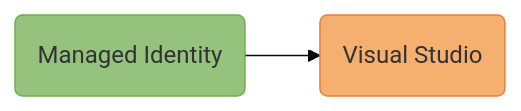
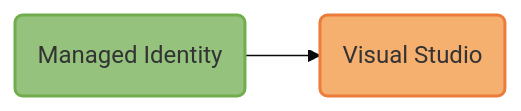
The diagram in docs/azure/sdk/media/mermaidjs/ChainedTokenCredentialAuthFlow.md (dotnet/docs), drawn with Mermaid before and after one commit. The commit also changed 6 other files, not shown here.

Commit message:
Update diagrams

````diff
--- a/docs/azure/sdk/media/mermaidjs/ChainedTokenCredentialAuthFlow.md
+++ b/docs/azure/sdk/media/mermaidjs/ChainedTokenCredentialAuthFlow.md
@@ -1,24 +1,24 @@
 ```mermaid
 %% STEPS TO GENERATE IMAGE
 %% =======================
 %% 1. Install mermaid CLI v10.9.1 (see https://github.com/mermaid-js/mermaid-cli/blob/master/README.md):
 %%    npm i -g @mermaid-js/mermaid-cli@10.9.1
 %% 2. Run command: mmdc -i ChainedTokenCredentialAuthFlow.md -o ChainedTokenCredentialAuthFlow.svg
 
 %%{
   init: {
     'theme': 'base',
     'themeVariables': {
       'tertiaryBorderColor': '#fff',
       'tertiaryColor': '#fff'
     }
   }
 }%%
 
 flowchart LR;
     C(Managed Identity):::deployed --> D(Visual Studio):::developer;
 
     %% Define styles for credential type boxes
-    classDef deployed fill:#95C37E, stroke:#71AD4C;
-    classDef developer fill:#F5AF6F, stroke:#EB7C39;
+    classDef deployed fill:#95C37E, stroke:#71AD4C, stroke-width:2px;
+    classDef developer fill:#F5AF6F, stroke:#EB7C39, stroke-width:2px;
 ```
````
